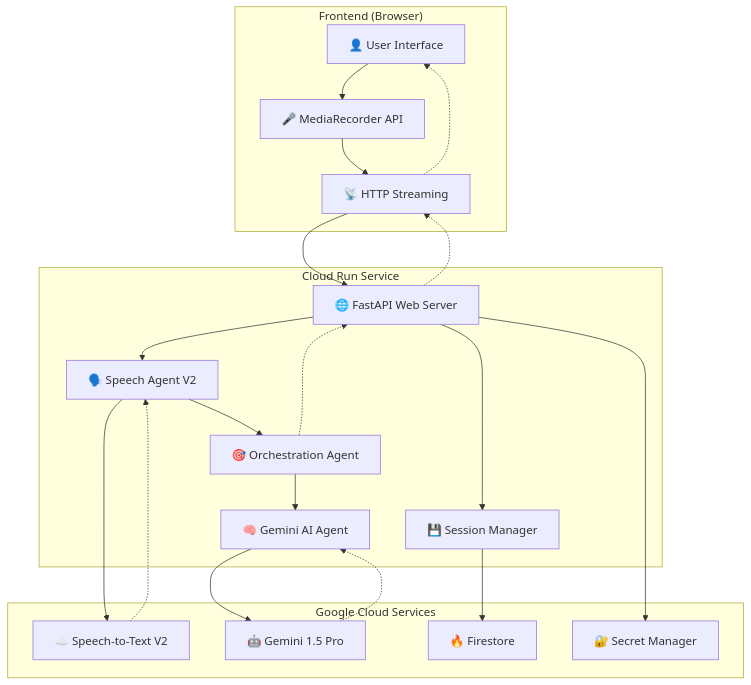
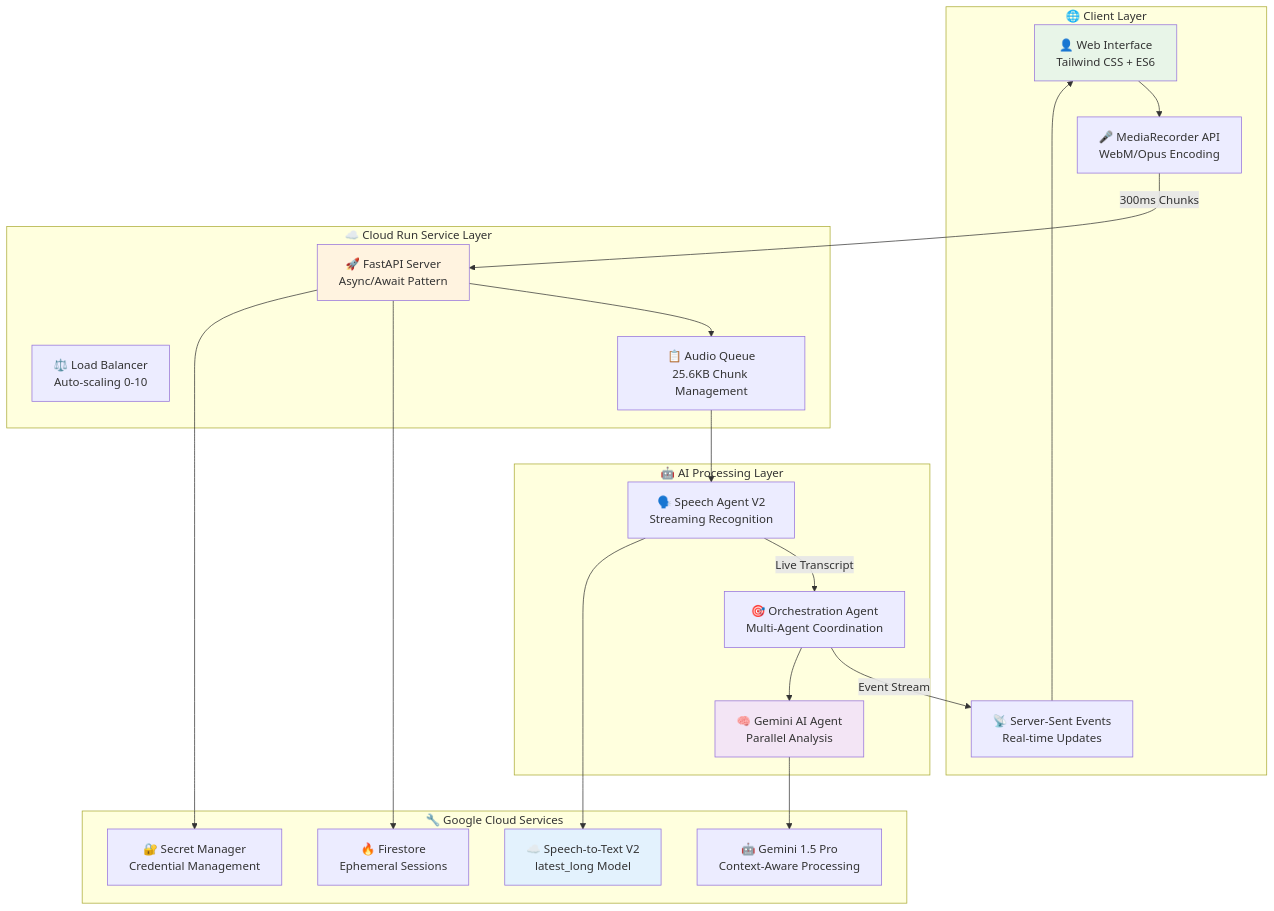
The first of 2 diagrams in README.md (avni-salhotra/econome), drawn with Mermaid before and after one commit. The commit also changed other lines of this file and 6 other files, not shown here.

````diff
--- a/README.md
+++ b/README.md
@@ -28,41 +40,46 @@
 ```mermaid
 graph TB
-    subgraph "Frontend (Browser)"
-        UI[👤 User Interface]
-        Mic[🎤 MediaRecorder API]
-        WS[📡 HTTP Streaming]
+    subgraph "🌐 Client Layer"
+        UI[👤 Web Interface<br/>Tailwind CSS + ES6]
+        MIC[🎤 MediaRecorder API<br/>WebM/Opus Encoding]
+        SSE[📡 Server-Sent Events<br/>Real-time Updates]
     end
     
-    subgraph "Cloud Run Service"
-        API[🌐 FastAPI Web Server]
-        STT[🗣️ Speech Agent V2]
-        ORC[🎯 Orchestration Agent]
-        GEM[🧠 Gemini AI Agent]
-        SES[💾 Session Manager]
+    subgraph "☁️ Cloud Run Service Layer"
+        LB[⚖️ Load Balancer<br/>Auto-scaling 0-10]
+        API[🚀 FastAPI Server<br/>Async/Await Pattern]
+        QUEUE[📋 Audio Queue<br/>25.6KB Chunk Management]
     end
     
-    subgraph "Google Cloud Services"
-        SPEECH[☁️ Speech-to-Text V2]
-        GEMINI[🤖 Gemini 1.5 Pro]
-        FIRE[🔥 Firestore]
-        SEC[🔐 Secret Manager]
+    subgraph "🤖 AI Processing Layer"
+        STT[🗣️ Speech Agent V2<br/>Streaming Recognition]
+        ORC[🎯 Orchestration Agent<br/>Multi-Agent Coordination]
+        GEM[🧠 Gemini AI Agent<br/>Parallel Analysis]
     end
     
-    UI --> Mic
-    Mic --> WS
-    WS --> API
-    API --> STT
+    subgraph "🔧 Google Cloud Services"
+        SPEECH[☁️ Speech-to-Text V2<br/>latest_long Model]
+        GEMINI_AI[🤖 Gemini 1.5 Pro<br/>Context-Aware Processing]
+        FIRESTORE[🔥 Firestore<br/>Ephemeral Sessions]
+        SECRETS[🔐 Secret Manager<br/>Credential Management]
+    end
+    
+    UI --> MIC
+    MIC -->|300ms Chunks| API
+    API --> QUEUE
+    QUEUE --> STT
+    STT -->|Live Transcript| ORC
+    ORC -->|Event Stream| SSE
+    SSE --> UI
+    
     STT --> SPEECH
-    STT --> ORC
     ORC --> GEM
-    GEM --> GEMINI
-    API --> SES
-    SES --> FIRE
-    API --> SEC
+    GEM --> GEMINI_AI
+    API --> FIRESTORE
+    API --> SECRETS
     
-    SPEECH -.-> STT
-    GEMINI -.-> GEM
-    ORC -.-> API
-    API -.-> WS
-    WS -.-> UI
+    style UI fill:#e8f5e8
+    style API fill:#fff3e0
+    style GEM fill:#f3e5f5
+    style SPEECH fill:#e3f2fd
 ```
````
